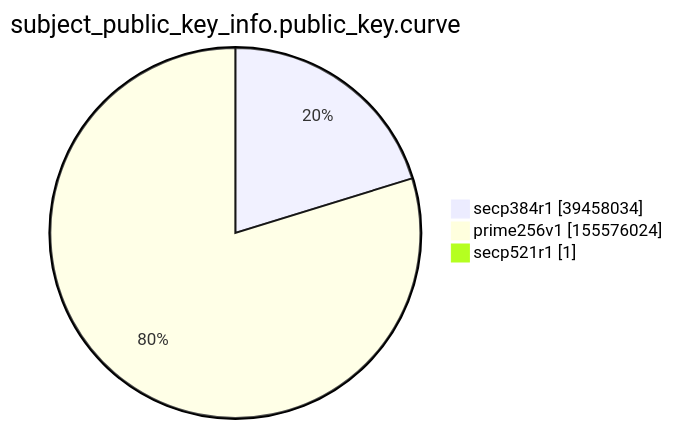
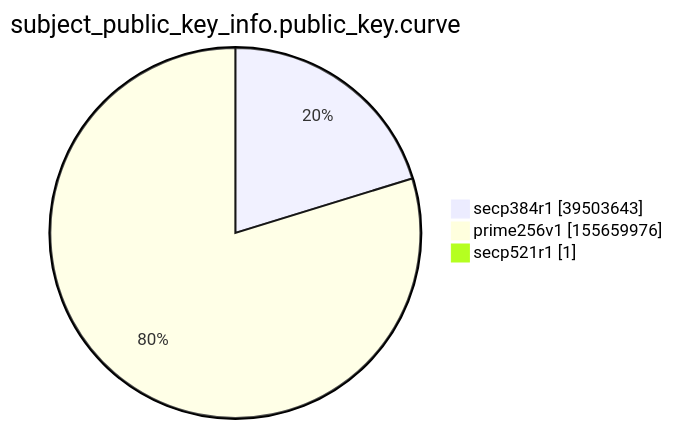
One commit to christiankrug/ctmonitor_visualization changed the ninth of 15 diagrams in xenon2022/README.md. Above: the diagram before and after it, drawn with Mermaid. The commit also changed other lines of this file, not shown here.

````diff
--- a/xenon2022/README.md
+++ b/xenon2022/README.md
@@ -2865,7 +2865,7 @@
 ```mermaid
 pie showData
 title subject_public_key_info.public_key.curve
-"secp384r1" :39458034
-"prime256v1" :155576024
+"secp384r1" :39503643
+"prime256v1" :155659976
 "secp521r1" :1
 ```
````
